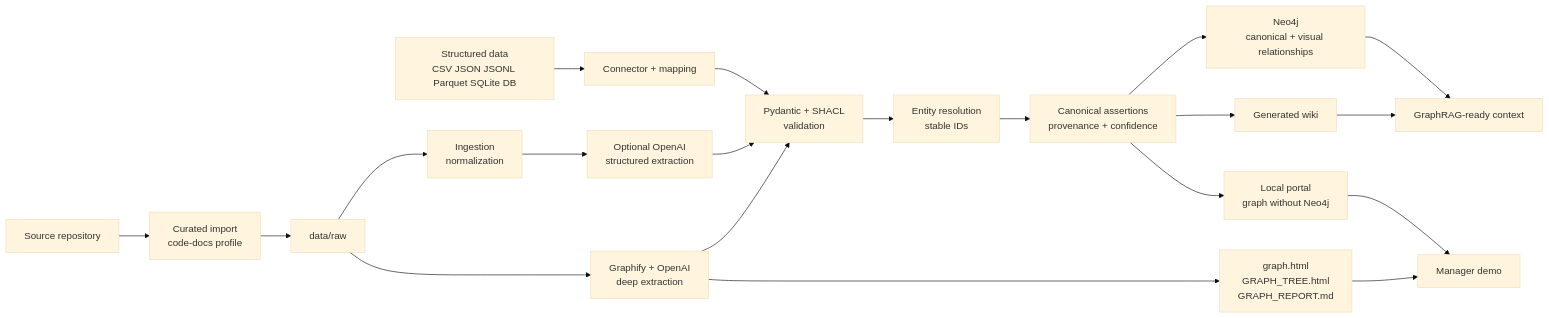
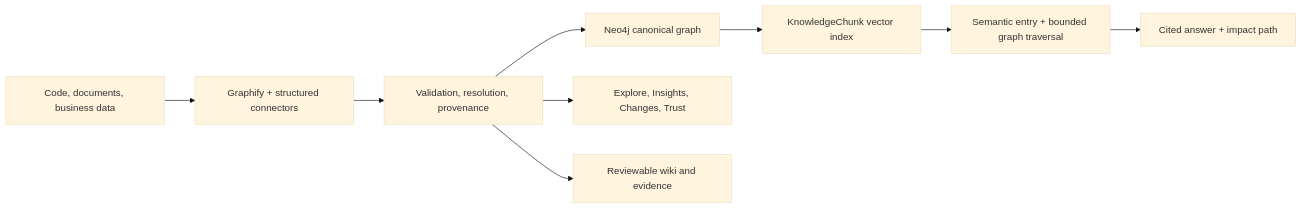
The diagram in README.md (Yureehh/ontology_atlas), drawn with Mermaid (base theme) before and after one commit. The commit also changed other lines of this file and 47 other files, not shown here.

First line of the commit message:
atlas: ship answer-first Neo4j GraphRAG workspace

````diff
--- a/README.md
+++ b/README.md
@@ -31,22 +29,11 @@
 ```mermaid
 flowchart LR
-    Repo["Source repository"] --> Import["Curated import<br/>code-docs profile"]
-    Import --> Raw["data/raw"]
-    RepoData["Structured data<br/>CSV JSON JSONL Parquet SQLite DB"] --> Connector["Connector + mapping"]
-    Raw --> Ingest["Ingestion<br/>normalization"]
-    Raw --> Graphify["Graphify + OpenAI<br/>deep extraction"]
-    Ingest --> OpenAI["Optional OpenAI<br/>structured extraction"]
-    Connector --> Validate["Pydantic + SHACL<br/>validation"]
-    Graphify --> Validate
-    OpenAI --> Validate
-    Validate --> Resolve["Entity resolution<br/>stable IDs"]
-    Resolve --> Canonical["Canonical assertions<br/>provenance + confidence"]
-    Canonical --> Neo4j["Neo4j<br/>canonical + visual relationships"]
-    Canonical --> Wiki["Generated wiki"]
-    Canonical --> Portal["Local portal<br/>graph without Neo4j"]
-    Graphify --> Artifacts["graph.html<br/>GRAPH_TREE.html<br/>GRAPH_REPORT.md"]
-    Wiki --> RAG["GraphRAG-ready context"]
-    Neo4j --> RAG
-    Portal --> Demo["Manager demo"]
-    Artifacts --> Demo
+    Sources["Code, documents, business data"] --> Extract["Graphify + structured connectors"]
+    Extract --> Validate["Validation, resolution, provenance"]
+    Validate --> Neo4j["Neo4j canonical graph"]
+    Neo4j --> Index["KnowledgeChunk vector index"]
+    Index --> Retrieve["Semantic entry + bounded graph traversal"]
+    Retrieve --> Ask["Cited answer + impact path"]
+    Validate --> Explore["Explore, Insights, Changes, Trust"]
+    Validate --> Wiki["Reviewable wiki and evidence"]
 ```
````
